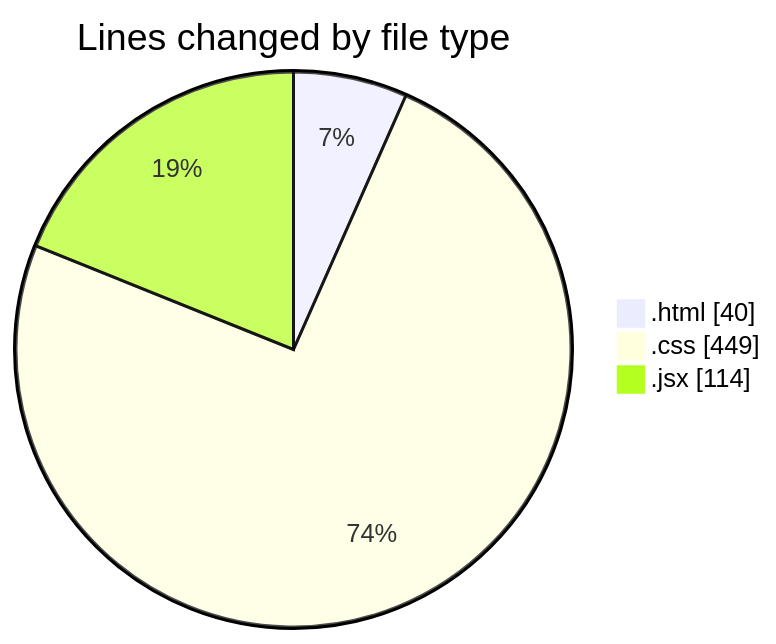
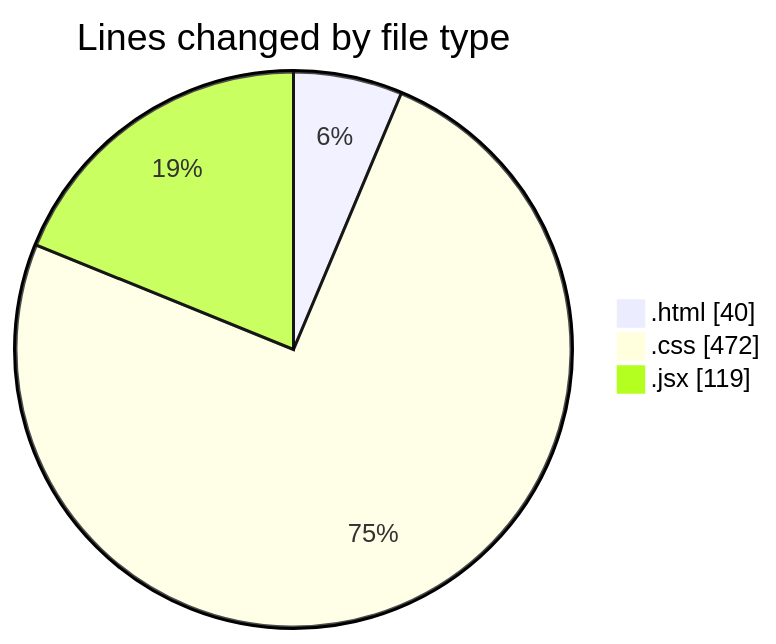
One commit to Ritupan-Deka/code-tracking changed the first of 2 diagrams in 2025-05-26/projects/README.md. Above: the diagram before and after it, drawn with Mermaid. The commit also changed other lines of this file and 1 other file, not shown here.

````diff
--- a/2025-05-26/projects/README.md
+++ b/2025-05-26/projects/README.md
@@ -23,7 +23,7 @@
 ```mermaid
 pie showData
 title Lines changed by file type
 ".html" : 40
-".css" : 449
-".jsx" : 114
+".css" : 472
+".jsx" : 119
 ```
````
